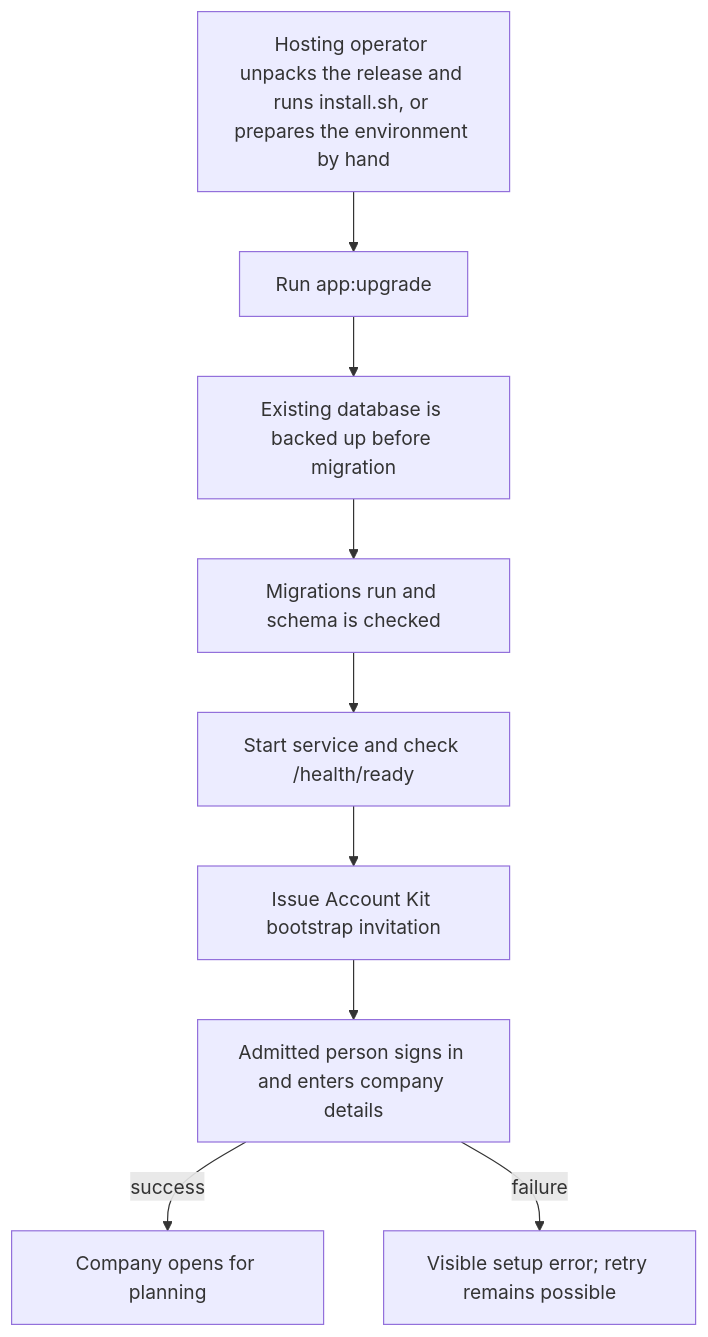
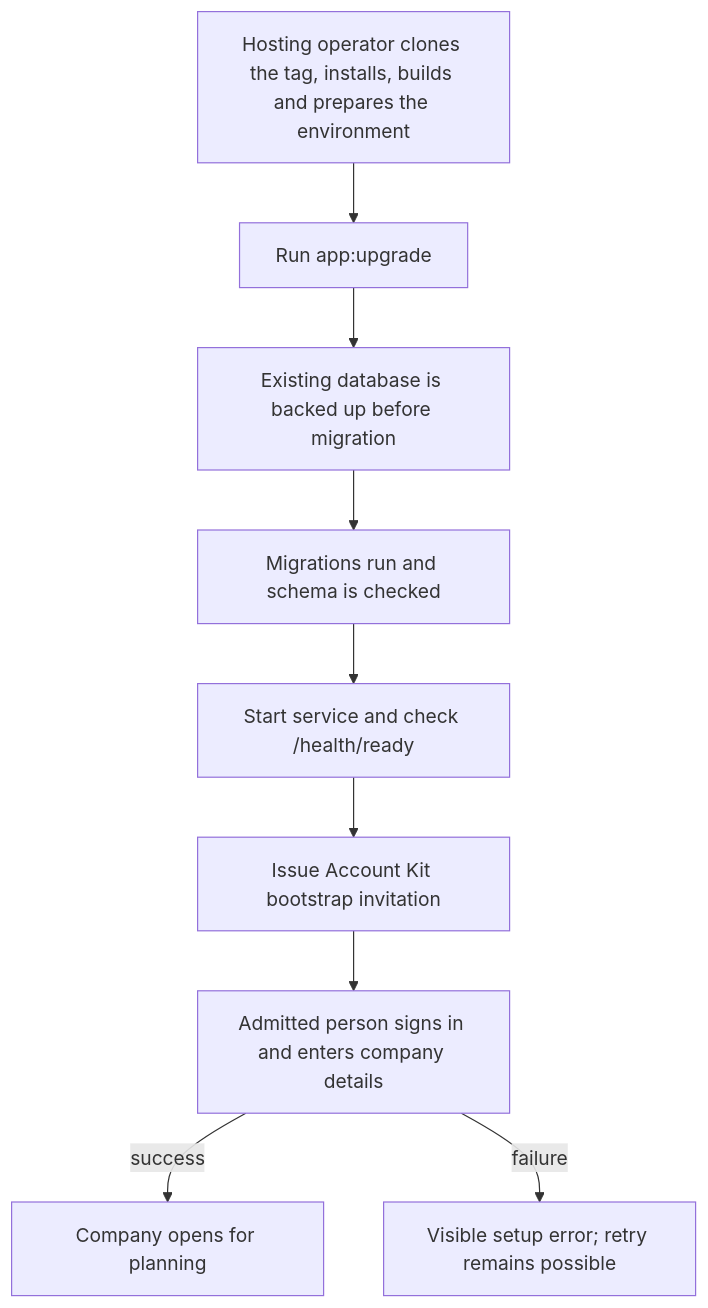
Before and after one commit to Kevinjohn/capacitylens: the first of 2 diagrams in user-stories/installation/US-INS-01-install-one-agency.md, drawn with Mermaid. The commit also changed other lines of this file and 50 other files, not shown here.

````diff
--- a/user-stories/installation/US-INS-01-install-one-agency.md
+++ b/user-stories/installation/US-INS-01-install-one-agency.md
@@ -23,11 +23,11 @@
 ```mermaid
 flowchart TD
-  prepare["Hosting operator unpacks the release and runs install.sh, or prepares the environment by hand"] --> upgrade["Run app:upgrade"]
+  prepare["Hosting operator clones the tag, installs, builds and prepares the environment"] --> upgrade["Run app:upgrade"]
   upgrade --> backup["Existing database is backed up before migration"]
   backup --> migrate["Migrations run and schema is checked"]
   migrate --> service["Start service and check /health/ready"]
   service --> bootstrap["Issue Account Kit bootstrap invitation"]
   bootstrap --> setup["Admitted person signs in and enters company details"]
   setup -->|success| company["Company opens for planning"]
   setup -->|failure| error["Visible setup error; retry remains possible"]
 ```
````
